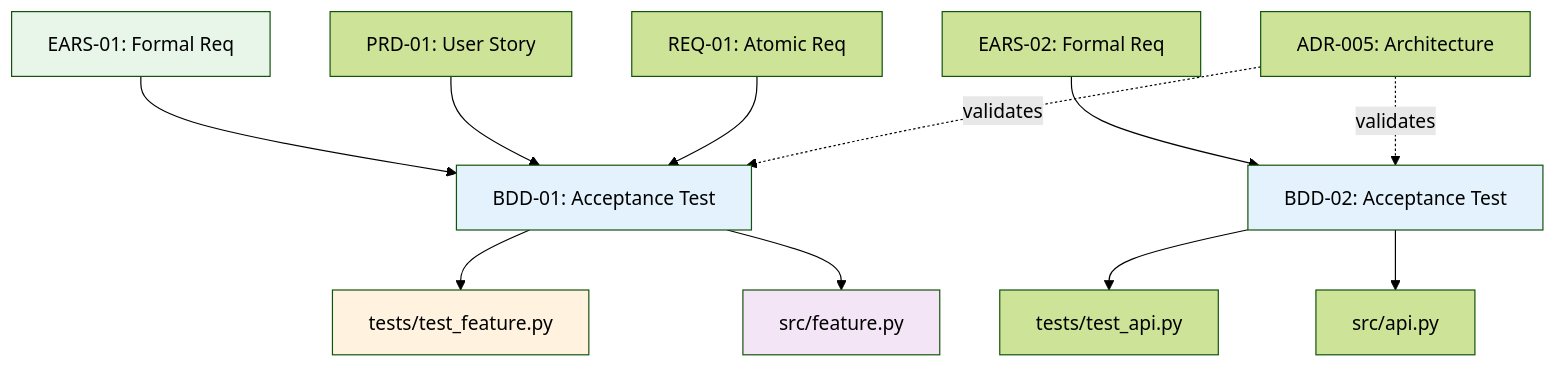
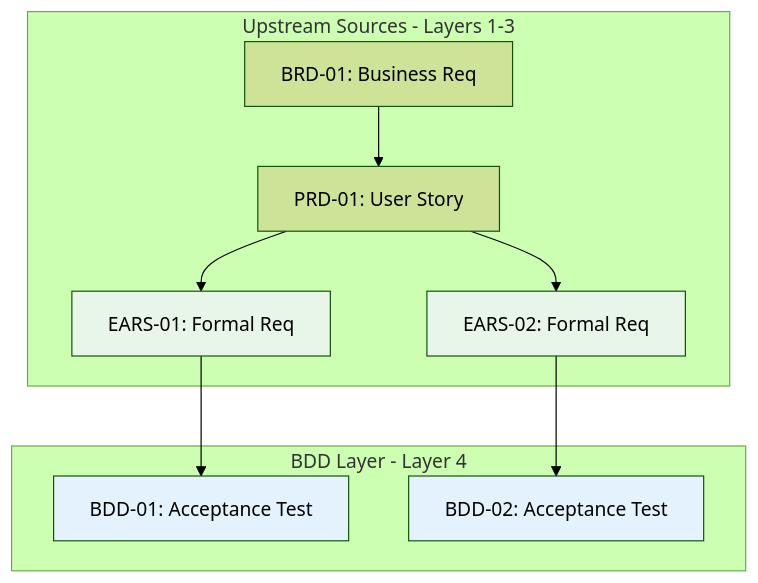
The diagram in ai_dev_flow/BDD/BDD-000_TRACEABILITY_MATRIX-TEMPLATE.md (vladm3105/aidoc-flow-framework), drawn with Mermaid (forest theme) before and after one commit. The commit also changed other lines of this file and 6 other files, not shown here.

First line of the commit message:
docs: refactor ADR traceability matrix to upstream-only focus

````diff
--- a/ai_dev_flow/BDD/BDD-000_TRACEABILITY_MATRIX-TEMPLATE.md
+++ b/ai_dev_flow/BDD/BDD-000_TRACEABILITY_MATRIX-TEMPLATE.md
@@ -351,21 +363,25 @@
 ```mermaid
 graph TD
-    EARS001[EARS-01: Formal Req] --> BDD001[BDD-01: Acceptance Test]
-    EARS002[EARS-02: Formal Req] --> BDD002[BDD-02: Acceptance Test]
-    PRD001[PRD-01: User Story] --> BDD001
-    REQ01[REQ-01: Atomic Req] --> BDD001
+    subgraph Upstream[Upstream Sources - Layers 1-3]
+        BRD01[BRD-01: Business Req]
+        PRD001[PRD-01: User Story]
+        EARS001[EARS-01: Formal Req]
+        EARS002[EARS-02: Formal Req]
+    end
 
-    BDD001 --> TestImpl1[tests/test_feature.py]
-    BDD001 --> Code1[src/feature.py]
-    BDD002 --> TestImpl2[tests/test_api.py]
-    BDD002 --> Code2[src/api.py]
+    subgraph Current[BDD Layer - Layer 4]
+        BDD001[BDD-01: Acceptance Test]
+        BDD002[BDD-02: Acceptance Test]
+    end
 
-    ADR005[ADR-005: Architecture] -.validates.-> BDD001
-    ADR005 -.validates.-> BDD002
+    BRD01 --> PRD001
+    PRD001 --> EARS001
+    PRD001 --> EARS002
+    EARS001 --> BDD001
+    EARS002 --> BDD002
 
     style BDD001 fill:#e3f2fd
     style BDD002 fill:#e3f2fd
     style EARS001 fill:#e8f5e9
-    style TestImpl1 fill:#fff3e0
-    style Code1 fill:#f3e5f5
+    style EARS002 fill:#e8f5e9
 ```
````
